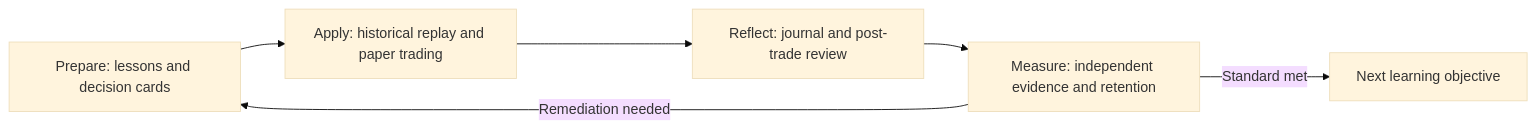
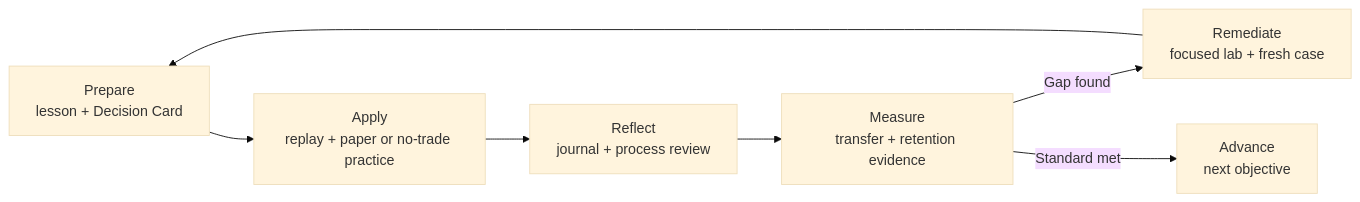
One commit to NouraldinFarge/day-trading-teacher changed the diagram in README.md. Above: the diagram before and after it, drawn with Mermaid (base theme). The commit also changed other lines of this file and 30 other files, not shown here.

````diff
--- a/README.md
+++ b/README.md
@@ -26,8 +81,9 @@
 ```mermaid
 flowchart LR
-    A["Prepare: lessons and decision cards"] --> B["Apply: historical replay and paper trading"]
-    B --> C["Reflect: journal and post-trade review"]
-    C --> D["Measure: independent evidence and retention"]
-    D -->|Remediation needed| A
-    D -->|Standard met| E["Next learning objective"]
+    A["Prepare<br/>lesson + Decision Card"] --> B["Apply<br/>replay + paper or no-trade practice"]
+    B --> C["Reflect<br/>journal + process review"]
+    C --> D["Measure<br/>transfer + retention evidence"]
+    D -->|"Gap found"| E["Remediate<br/>focused lab + fresh case"]
+    E --> A
+    D -->|"Standard met"| F["Advance<br/>next objective"]
 ```
````
